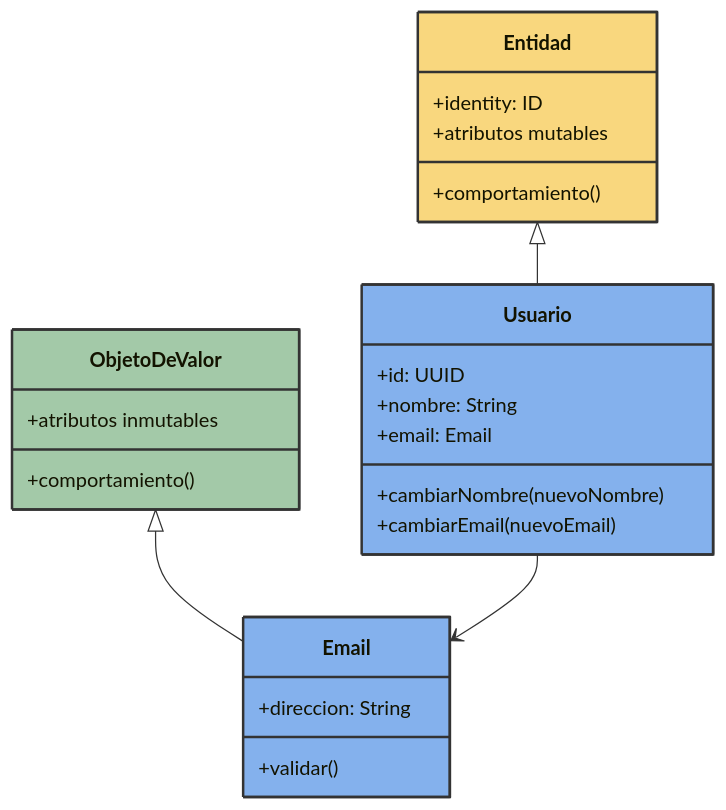
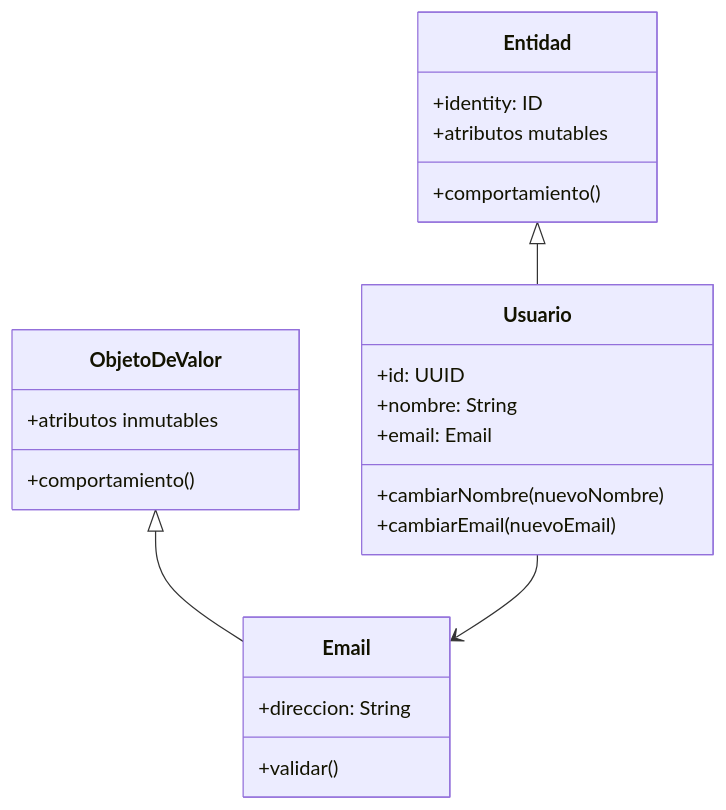
One commit to aialphanovatide/software-architecture-guide changed the first of 4 diagrams in docs/ddd/entities-value-objects.md. Above: the diagram before and after it, drawn with Mermaid. The commit also changed other lines of this file and 8 other files, not shown here.

````diff
--- a/docs/ddd/entities-value-objects.md
+++ b/docs/ddd/entities-value-objects.md
@@ -7,35 +7,30 @@
 ```mermaid
 classDiagram
     class Entidad {
         +identity: ID
         +atributos mutables
         +comportamiento()
     }
     
     class ObjetoDeValor {
         +atributos inmutables
         +comportamiento()
     }
     
     class Usuario {
         +id: UUID
         +nombre: String
         +email: Email
         +cambiarNombre(nuevoNombre)
         +cambiarEmail(nuevoEmail)
     }
     
     class Email {
         +direccion: String
         +validar()
     }
     
     Entidad <|-- Usuario
     ObjetoDeValor <|-- Email
     Usuario --> Email
-    
-    style Entidad fill:#f9d77e,stroke:#333,stroke-width:2px
-    style ObjetoDeValor fill:#a3c9a8,stroke:#333,stroke-width:2px
-    style Usuario fill:#84b1ed,stroke:#333,stroke-width:2px
-    style Email fill:#84b1ed,stroke:#333,stroke-width:2px
 ```
````
